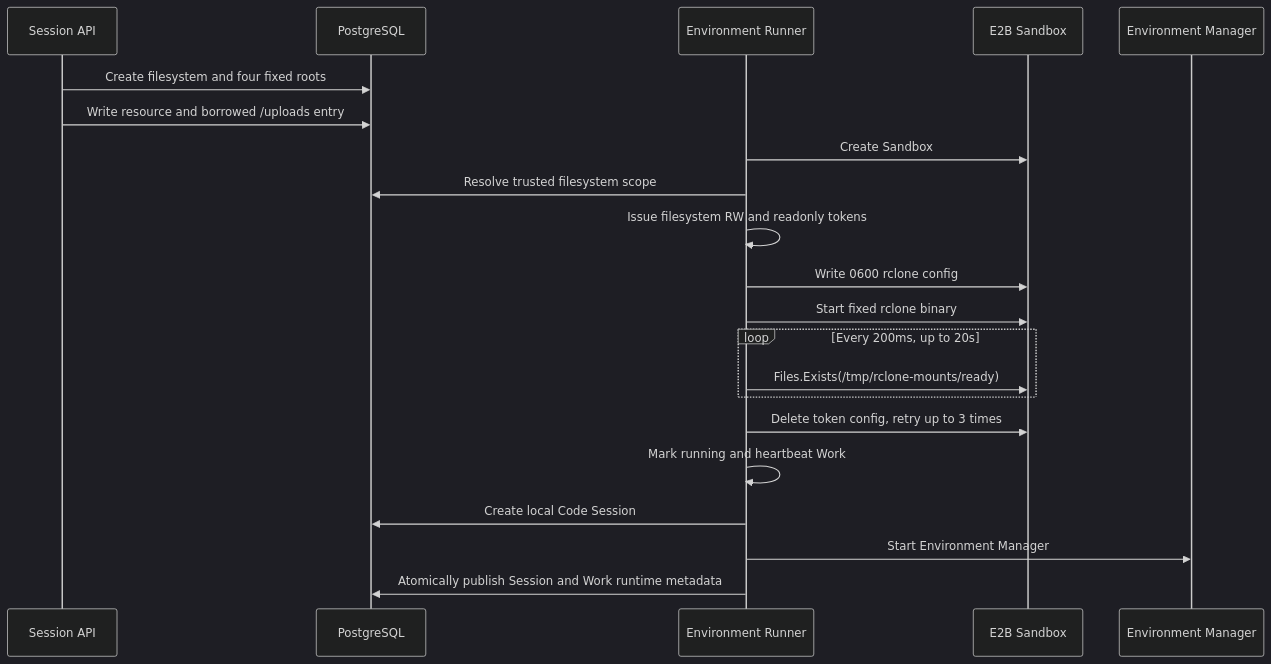
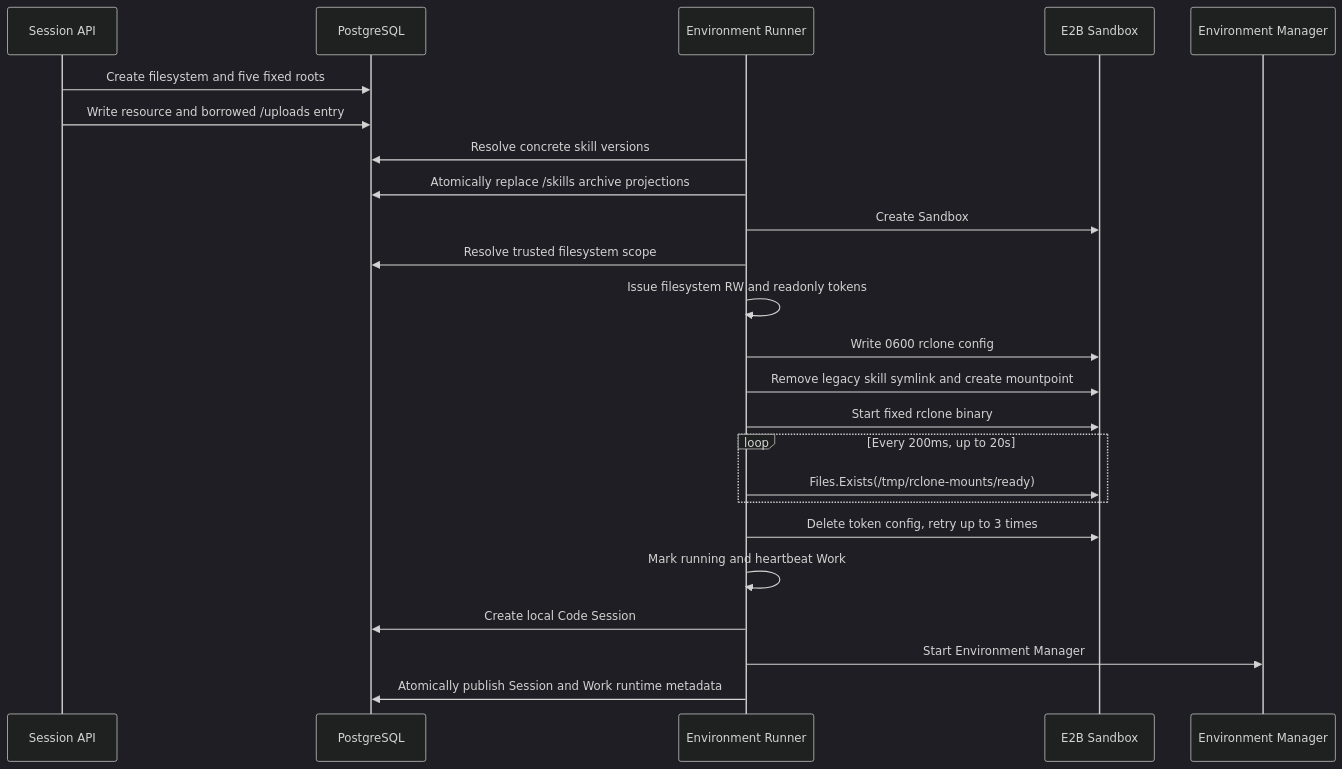
One commit to superduck-ai/open-managed-agents changed the second of 4 diagrams in docs/design/be/filestore.md. Above: the diagram before and after it, drawn with Mermaid (dark theme). The commit also changed other lines of this file and 44 other files, not shown here.

````diff
--- a/docs/design/be/filestore.md
+++ b/docs/design/be/filestore.md
@@ -128,23 +131,26 @@
 ```mermaid
 sequenceDiagram
     participant A as Session API
     participant D as PostgreSQL
     participant R as Environment Runner
     participant E as E2B Sandbox
     participant M as Environment Manager
-    A->>D: Create filesystem and four fixed roots
+    A->>D: Create filesystem and five fixed roots
     A->>D: Write resource and borrowed /uploads entry
+    R->>D: Resolve concrete skill versions
+    R->>D: Atomically replace /skills archive projections
     R->>E: Create Sandbox
     R->>D: Resolve trusted filesystem scope
     R->>R: Issue filesystem RW and readonly tokens
     R->>E: Write 0600 rclone config
+    R->>E: Remove legacy skill symlink and create mountpoint
     R->>E: Start fixed rclone binary
     loop Every 200ms, up to 20s
         R->>E: Files.Exists(/tmp/rclone-mounts/ready)
     end
     R->>E: Delete token config, retry up to 3 times
     R->>R: Mark running and heartbeat Work
     R->>D: Create local Code Session
     R->>M: Start Environment Manager
     R->>D: Atomically publish Session and Work runtime metadata
 ```
````
